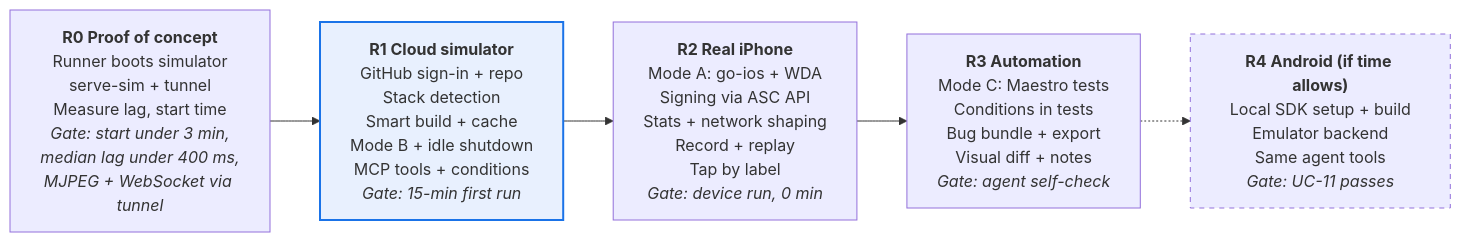
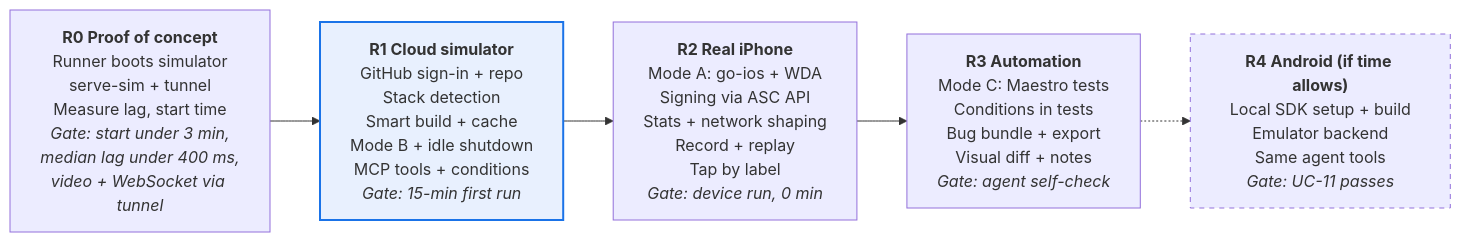
Before and after one commit to MustafaDilawarKhan/simbridge: the second of 2 diagrams in docs/SRS.md, drawn with Mermaid. The commit also changed other lines of this file and 7 other files, not shown here.

````diff
--- a/docs/SRS.md
+++ b/docs/SRS.md
@@ -617,11 +618,11 @@
 ```mermaid
 flowchart LR
-    R0["<b>R0 Proof of concept</b><br/>Runner boots simulator<br/>serve-sim + tunnel<br/>Measure lag, start time<br/><i>Gate: start under 3 min,<br/>median lag under 400 ms,<br/>MJPEG + WebSocket via tunnel</i>"]
+    R0["<b>R0 Proof of concept</b><br/>Runner boots simulator<br/>serve-sim + tunnel<br/>Measure lag, start time<br/><i>Gate: start under 3 min,<br/>median lag under 400 ms,<br/>video + WebSocket via tunnel</i>"]
     R1["<b>R1 Cloud simulator</b><br/>GitHub sign-in + repo<br/>Stack detection<br/>Smart build + cache<br/>Mode B + idle shutdown<br/>MCP tools + conditions<br/><i>Gate: 15-min first run</i>"]
     R2["<b>R2 Real iPhone</b><br/>Mode A: go-ios + WDA<br/>Signing via ASC API<br/>Stats + network shaping<br/>Record + replay<br/>Tap by label<br/><i>Gate: device run, 0 min</i>"]
     R3["<b>R3 Automation</b><br/>Mode C: Maestro tests<br/>Conditions in tests<br/>Bug bundle + export<br/>Visual diff + notes<br/><i>Gate: agent self-check</i>"]
     R4["<b>R4 Android (if time allows)</b><br/>Local SDK setup + build<br/>Emulator backend<br/>Same agent tools<br/><i>Gate: UC-11 passes</i>"]
     R0 --> R1 --> R2 --> R3 -.-> R4
     style R1 fill:#e8f0fe,stroke:#1a73e8,stroke-width:2px
     style R4 stroke-dasharray: 5 5
 ```
````
